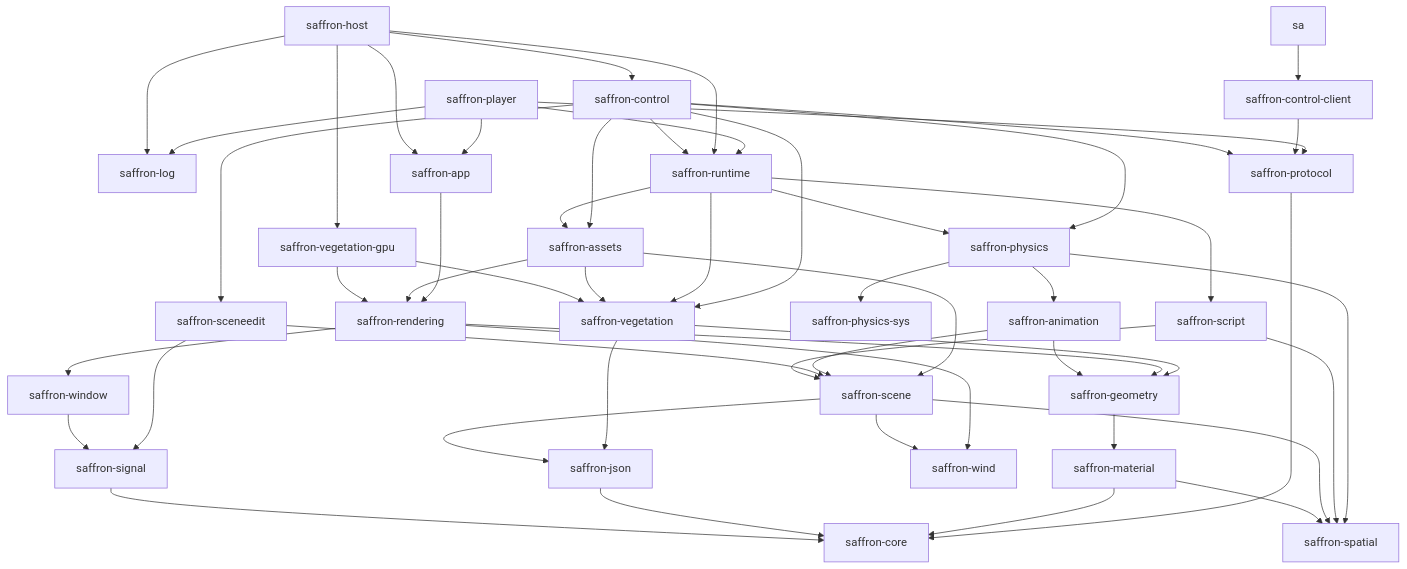
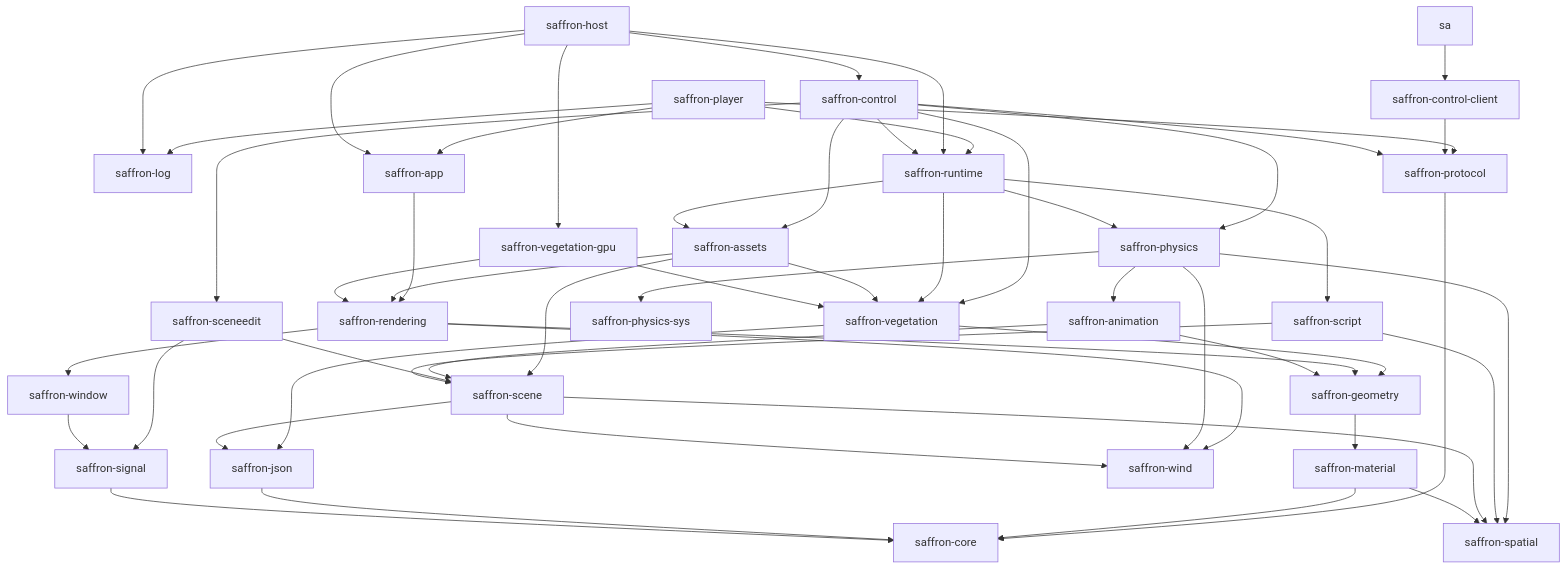
The diagram in docs/content/explanations/architecture-and-conventions/module-dag.md (saffronjam/SaffronEngine), drawn with Mermaid before and after one commit. The commit also changed 7 other files, not shown here.

First line of the commit message:
docs: update architecture and reference pages

```diff
--- a/docs/content/explanations/architecture-and-conventions/module-dag.md
+++ b/docs/content/explanations/architecture-and-conventions/module-dag.md
@@ -71,6 +71,7 @@
     Physics --> Animation
     Physics --> PhysicsSys
     Physics --> Spatial
+    Physics --> Wind
     Rendering --> Window
     Rendering --> Geometry
     Rendering --> Wind
```
